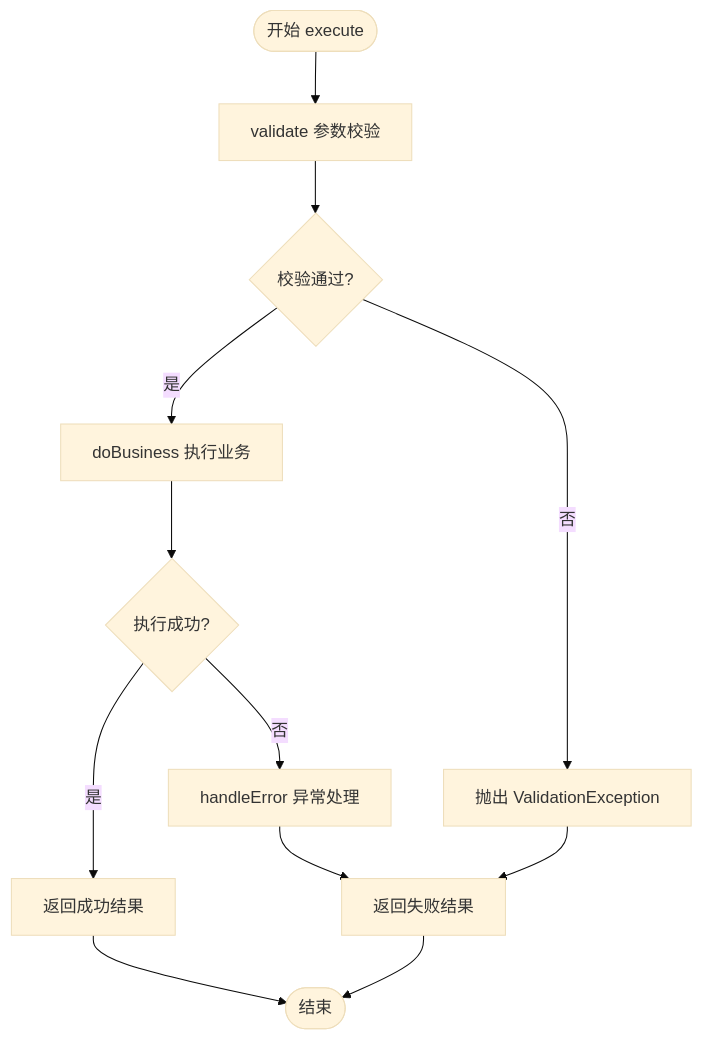
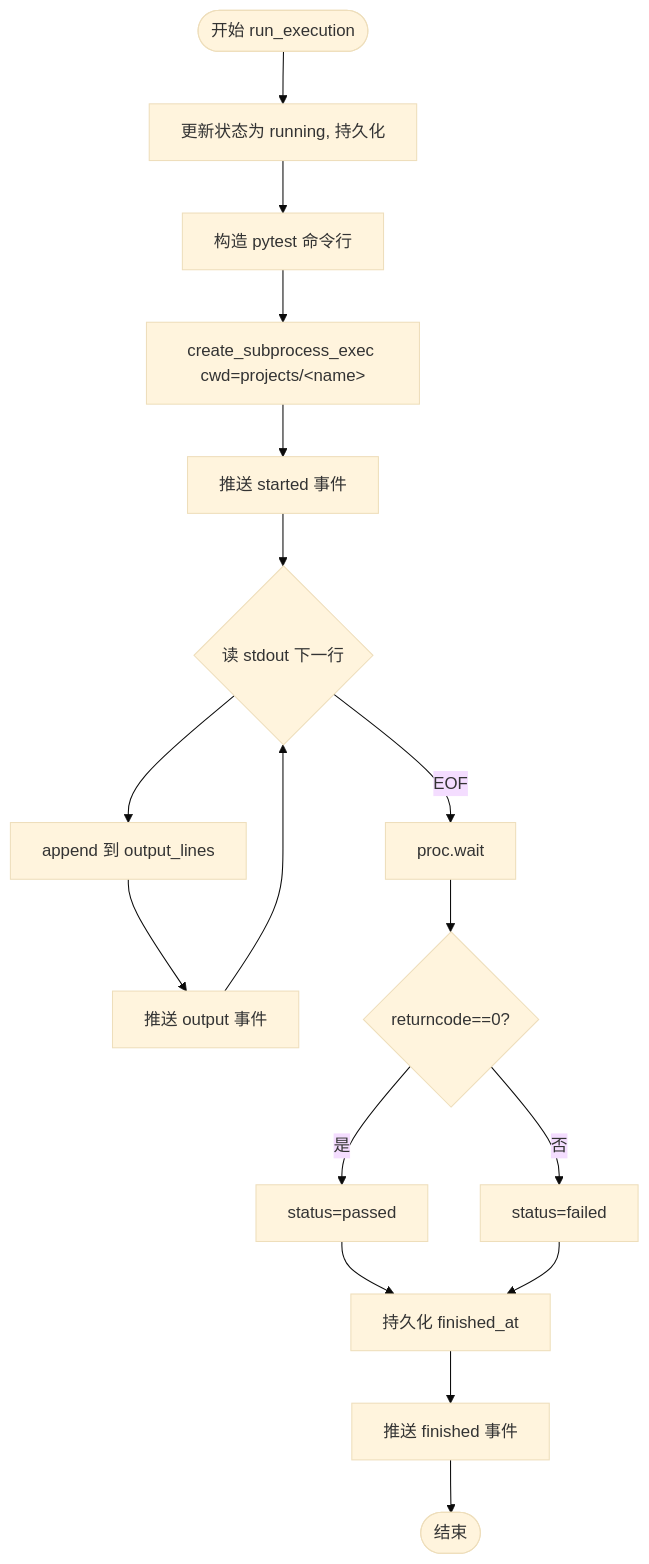
The third of 10 diagrams in docs/详细设计文档.md (Rogers501/automation-platform), drawn with Mermaid (base theme) before and after one commit. The commit also changed other lines of this file and 9 other files, not shown here.

````diff
--- a/docs/详细设计文档.md
+++ b/docs/详细设计文档.md
@@ -171,14 +248,19 @@
 ```mermaid
 flowchart TD
-    S([开始 execute]) --> V[validate 参数校验]
-    V --> VR{校验通过?}
-    VR -->|否| E[抛出 ValidationException]
-    VR -->|是| D[doBusiness 执行业务]
-    D --> DR{执行成功?}
-    DR -->|否| H[handleError 异常处理]
-    H --> R2[返回失败结果]
-    DR -->|是| R1[返回成功结果]
-    E --> R2
-    R1 --> F([结束])
-    R2 --> F
+    S([开始 run_execution]) --> A[更新状态为 running, 持久化]
+    A --> B[构造 pytest 命令行]
+    B --> C[create_subprocess_exec cwd=projects/&lt;name&gt;]
+    C --> D[推送 started 事件]
+    D --> E{读 stdout 下一行}
+    E --> F[append 到 output_lines]
+    F --> G[推送 output 事件]
+    G --> E
+    E -->|EOF| H[proc.wait]
+    H --> I{returncode==0?}
+    I -->|是| J[status=passed]
+    I -->|否| K[status=failed]
+    J --> L[持久化 finished_at]
+    K --> L
+    L --> M[推送 finished 事件]
+    M --> N([结束])
 ```
````
